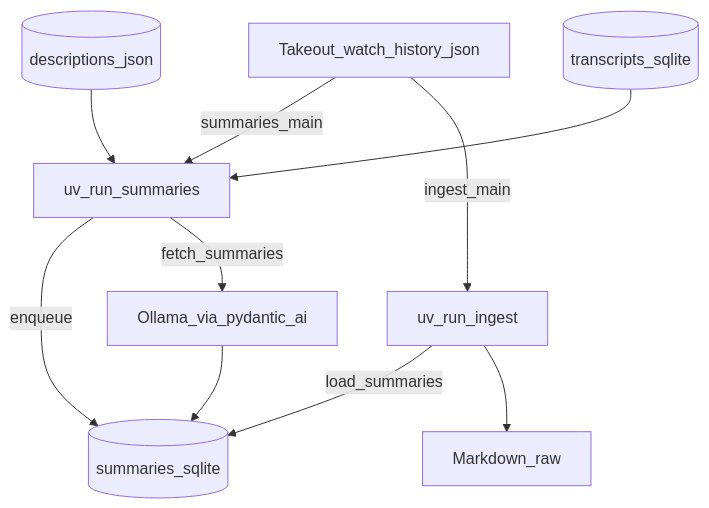
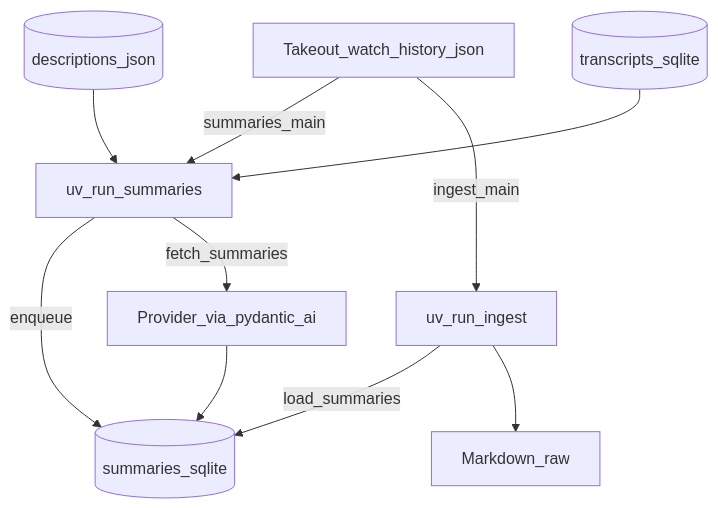
One commit to lars20070/youtubebrain changed the diagram in lat.md/summaries.md. Above: the diagram before and after it, drawn with Mermaid. The commit also changed other lines of this file and 10 other files, not shown here.

````diff
--- a/lat.md/summaries.md
+++ b/lat.md/summaries.md
@@ -11,15 +11,15 @@
 ```mermaid
 flowchart TD
     Takeout[Takeout_watch_history_json]
     Takeout -->|summaries_main| SM[uv_run_summaries]
     Takeout -->|ingest_main| Ingest[uv_run_ingest]
     Desc[(descriptions_json)]
     TxDB[(transcripts_sqlite)]
     SM -->|enqueue| SmDB[(summaries_sqlite)]
     Desc --> SM
     TxDB --> SM
-    SM -->|fetch_summaries| Ollama[Ollama_via_pydantic_ai]
-    Ollama --> SmDB
+    SM -->|fetch_summaries| LLM[Provider_via_pydantic_ai]
+    LLM --> SmDB
     Ingest -->|load_summaries| SmDB
     Ingest --> MD[Markdown_raw]
 ```
````
